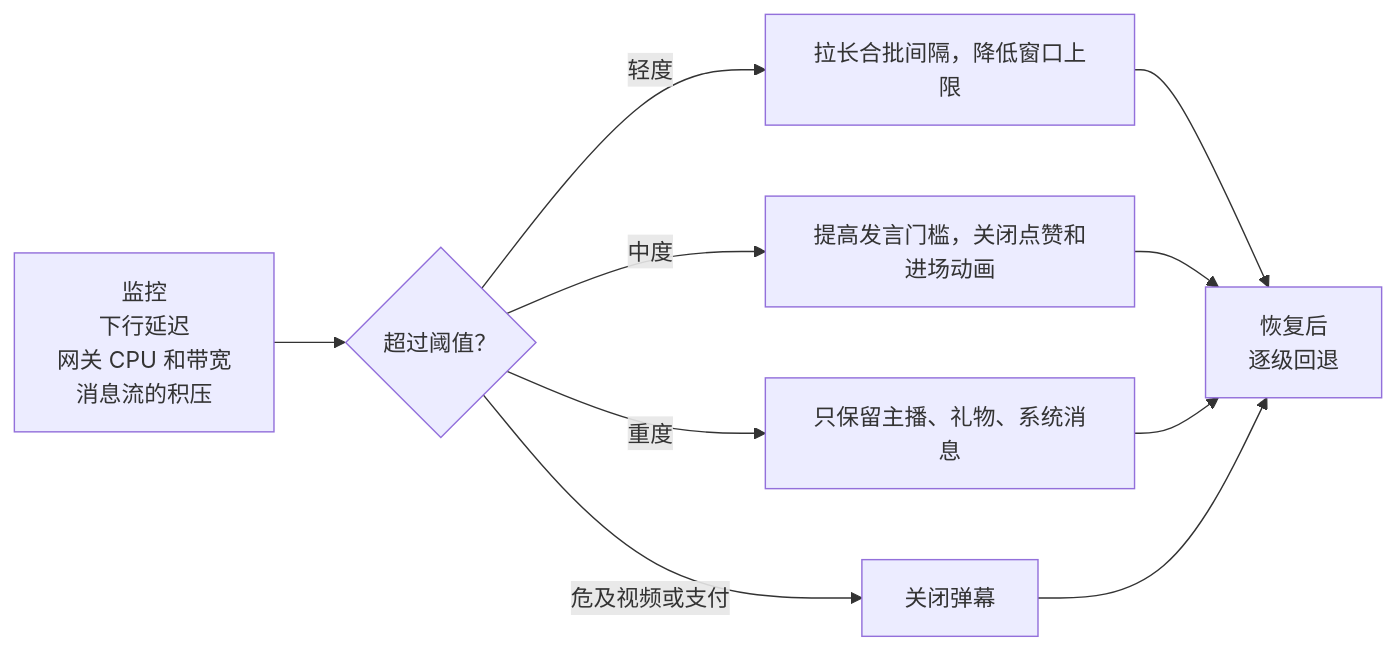
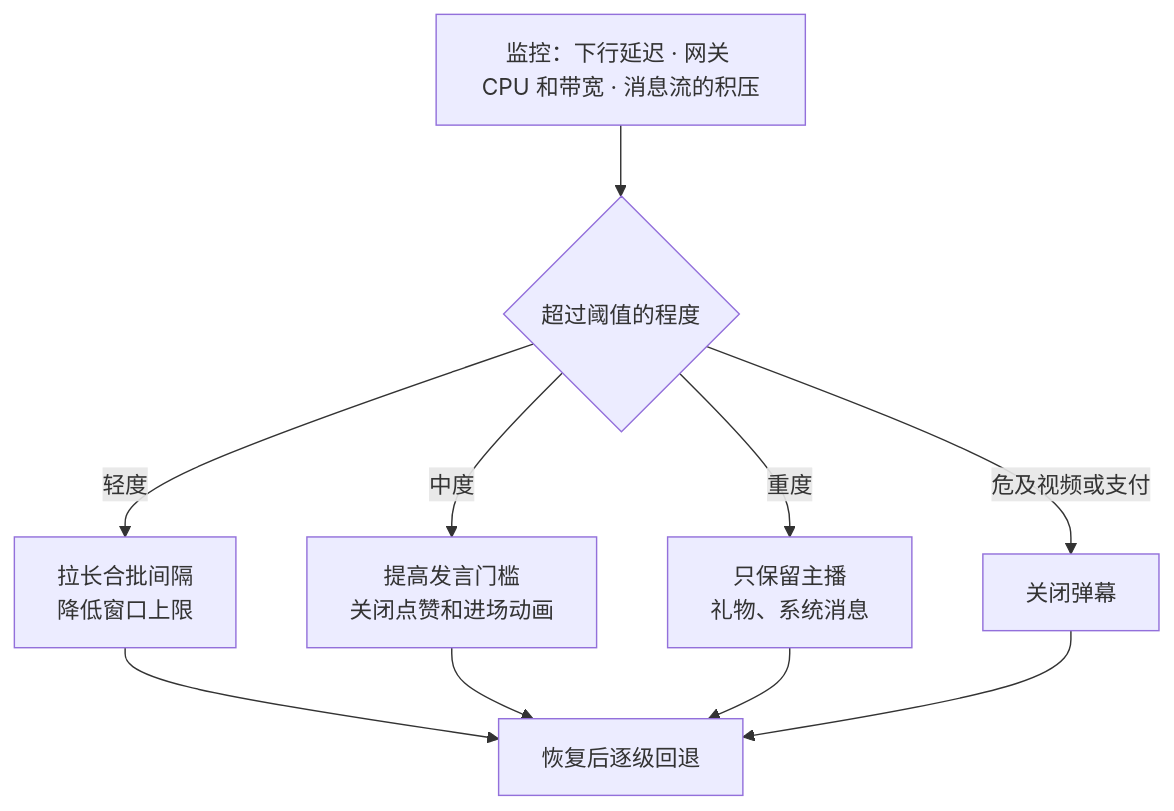
One commit to liulangjietou/interview changed the tenth of 10 diagrams in 12-场景设计/S18-直播弹幕.md. Above: the diagram before and after it, drawn with Mermaid.

Commit message:
docs: 收窄 S18 的降级图

````diff
--- a/12-场景设计/S18-直播弹幕.md
+++ b/12-场景设计/S18-直播弹幕.md
@@ -706,12 +706,12 @@
 ```mermaid
-flowchart LR
-    M["监控<br/>下行延迟<br/>网关 CPU 和带宽<br/>消息流的积压"] --> J{"超过阈值？"}
-    J -->|"轻度"| L1["拉长合批间隔，降低窗口上限"]
-    J -->|"中度"| L2["提高发言门槛，关闭点赞和进场动画"]
-    J -->|"重度"| L3["只保留主播、礼物、系统消息"]
+flowchart TD
+    M["监控：下行延迟 · 网关 CPU 和带宽 · 消息流的积压"] --> J{"超过阈值的程度"}
+    J -->|"轻度"| L1["拉长合批间隔<br/>降低窗口上限"]
+    J -->|"中度"| L2["提高发言门槛<br/>关闭点赞和进场动画"]
+    J -->|"重度"| L3["只保留主播<br/>礼物、系统消息"]
     J -->|"危及视频或支付"| L4["关闭弹幕"]
-    L1 --> R["恢复后<br/>逐级回退"]
+    L1 --> R["恢复后逐级回退"]
     L2 --> R
     L3 --> R
     L4 --> R
 ```
````
